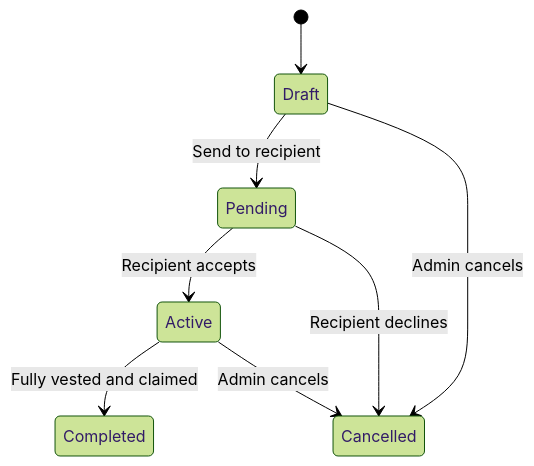
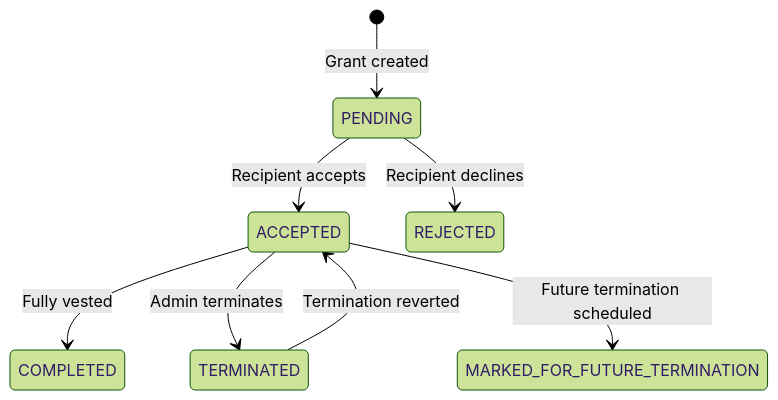
Before and after one commit to TokuEng/docs: the diagram in tga/client/creating-grants.mdx, drawn with Mermaid (forest theme). The commit also changed other lines of this file and 9 other files, not shown here.

````diff
--- a/tga/client/creating-grants.mdx
+++ b/tga/client/creating-grants.mdx
@@ -127,10 +75,10 @@
 ```mermaid
 stateDiagram-v2
-    [*] --> Draft
-    Draft --> Pending : Send to recipient
-    Pending --> Active : Recipient accepts
-    Pending --> Cancelled : Recipient declines
-    Active --> Completed : Fully vested and claimed
-    Active --> Cancelled : Admin cancels
-    Draft --> Cancelled : Admin cancels
+    [*] --> PENDING : Grant created
+    PENDING --> ACCEPTED : Recipient accepts
+    PENDING --> REJECTED : Recipient declines
+    ACCEPTED --> COMPLETED : Fully vested
+    ACCEPTED --> TERMINATED : Admin terminates
+    ACCEPTED --> MARKED_FOR_FUTURE_TERMINATION : Future termination scheduled
+    TERMINATED --> ACCEPTED : Termination reverted
 ```
````
